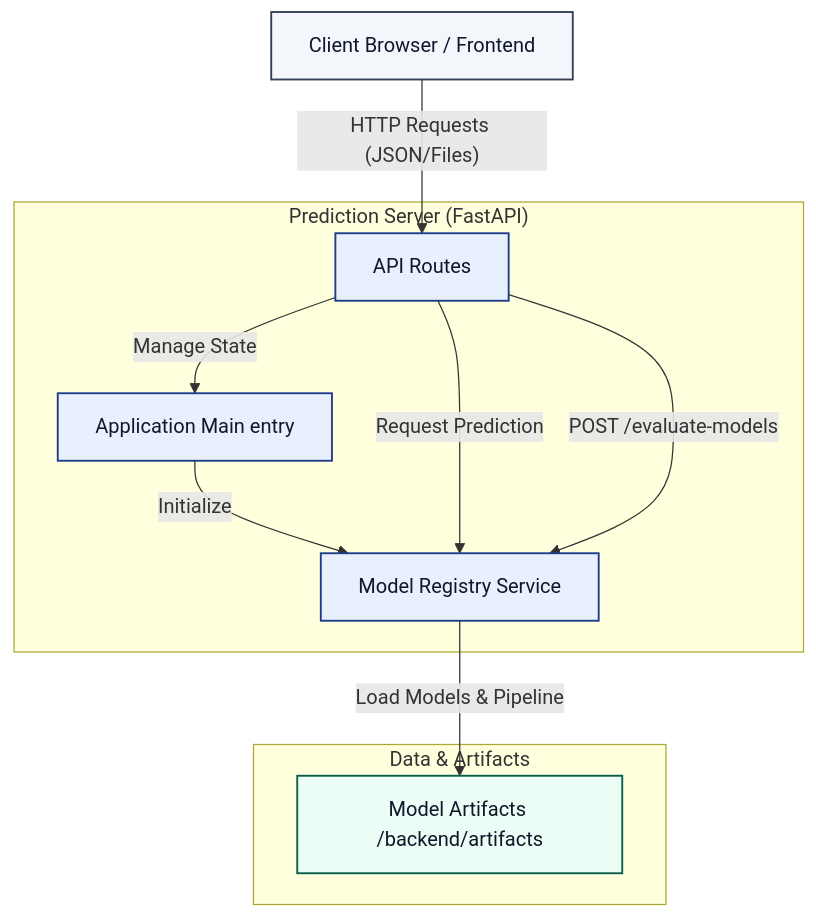
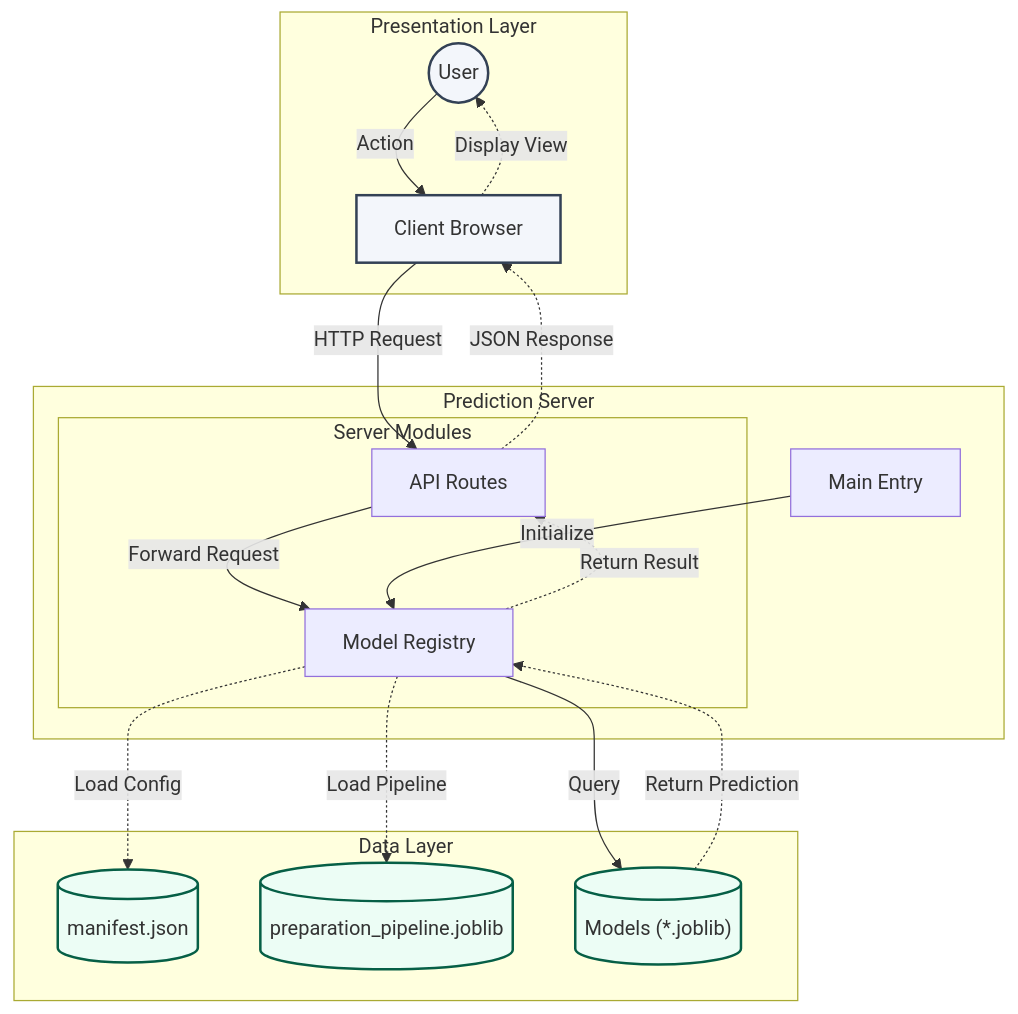
Before and after one commit to FredrikPD/DS-prediction-server: the diagram in README.md, drawn with Mermaid. The commit also changed other lines of this file and 30 other files, not shown here.

Commit message:
Implemented all models with preperation pipeline

````diff
--- a/README.md
+++ b/README.md
@@ -7,36 +7,54 @@
 ```mermaid
 graph TD
-    %% Client Layer
-    Client[Client Browser / Frontend]
-    
-    %% Server Layer
-    subgraph Server ["Prediction Server (FastAPI)"]
-        API[API Routes]
-        Registry[Model Registry Service]
-        Main[Application Main entry]
+    %% 1. PRESENTATION LAYER (USER & CLIENT)
+    subgraph Presentation ["Presentation Layer"]
+        User(("User"))
+        Browser["Client Browser"]
     end
 
-    %% Data Layer
-    subgraph Data ["Data & Artifacts"]
-        Artifacts[Model Artifacts /backend/artifacts]
+    %% 2. LOGIC LAYER (SERVER & MODULES)
+        subgraph Server ["Prediction Server"]
+            Main["Main Entry"]
+            
+            subgraph Modules ["Server Modules"]
+                Routes["API Routes"]
+                Registry["Model Registry"]
+            end
+        end
+
+    %% 3. DATA LAYER (ARTIFACTS)
+    subgraph Data ["Data Layer"]
+            Manifest[("manifest.json")]
+            PipelineFile[("preparation_pipeline.joblib")]
+            ModelFiles[("Models (*.joblib)")]
+
     end
+
+    %% --- DATA FLOW ---
     
-    %% Flows
-    Client -- "HTTP Requests (JSON/Files)" --> API
-    API -- "Manage State" --> Main
-    Main -- "Initialize" --> Registry
-    Registry -- "Load Models & Pipeline" --> Artifacts
-    API -- "Request Prediction" --> Registry
+    %% Forward Pass
+    User -->|"Action"| Browser
+    Browser -->|"HTTP Request"| Routes
+    Routes -->|"Forward Request"| Registry
+    Registry -->|"Query"| ModelFiles
     
-    %% Endpoint Specifics
-    API -- "POST /evaluate-models" --> Registry
+    %% Backward Pass
+    ModelFiles -.->|"Return Prediction"| Registry
+    Registry -.->|"Return Result"| Routes
+    Routes -.->|"JSON Response"| Browser
+    Browser -.->|"Display View"| User
 
-    %% Styling (professional, muted)
-    classDef client fill:#F3F6FB,stroke:#334155,stroke-width:1.5px,color:#0F172A;
-    classDef server fill:#E8F0FE,stroke:#1E3A8A,stroke-width:1.5px,color:#0F172A;
-    classDef data   fill:#ECFDF5,stroke:#065F46,stroke-width:1.5px,color:#0F172A;
+    %% Initialization (Startup)
+    Main -->|"Initialize"| Registry
+    Registry -.->|"Load Config"| Manifest
+    Registry -.->|"Load Pipeline"| PipelineFile
 
-    class Client client;
-    class API,Registry,Main server;
-    class Artifacts data;
+    %% STYLING
+    classDef pres fill:#F3F6FB,stroke:#334155,stroke-width:2px;
+    classDef logic fill:#E8F0FE,stroke:#1E3A8A,stroke-width:2px;
+    classDef data fill:#ECFDF5,stroke:#065F46,stroke-width:2px;
+
+    class User,Browser pres;
+    class Main,Routes,Registry server;
+    class Manifest,PipelineFile,ModelFiles data;
 ```
````
